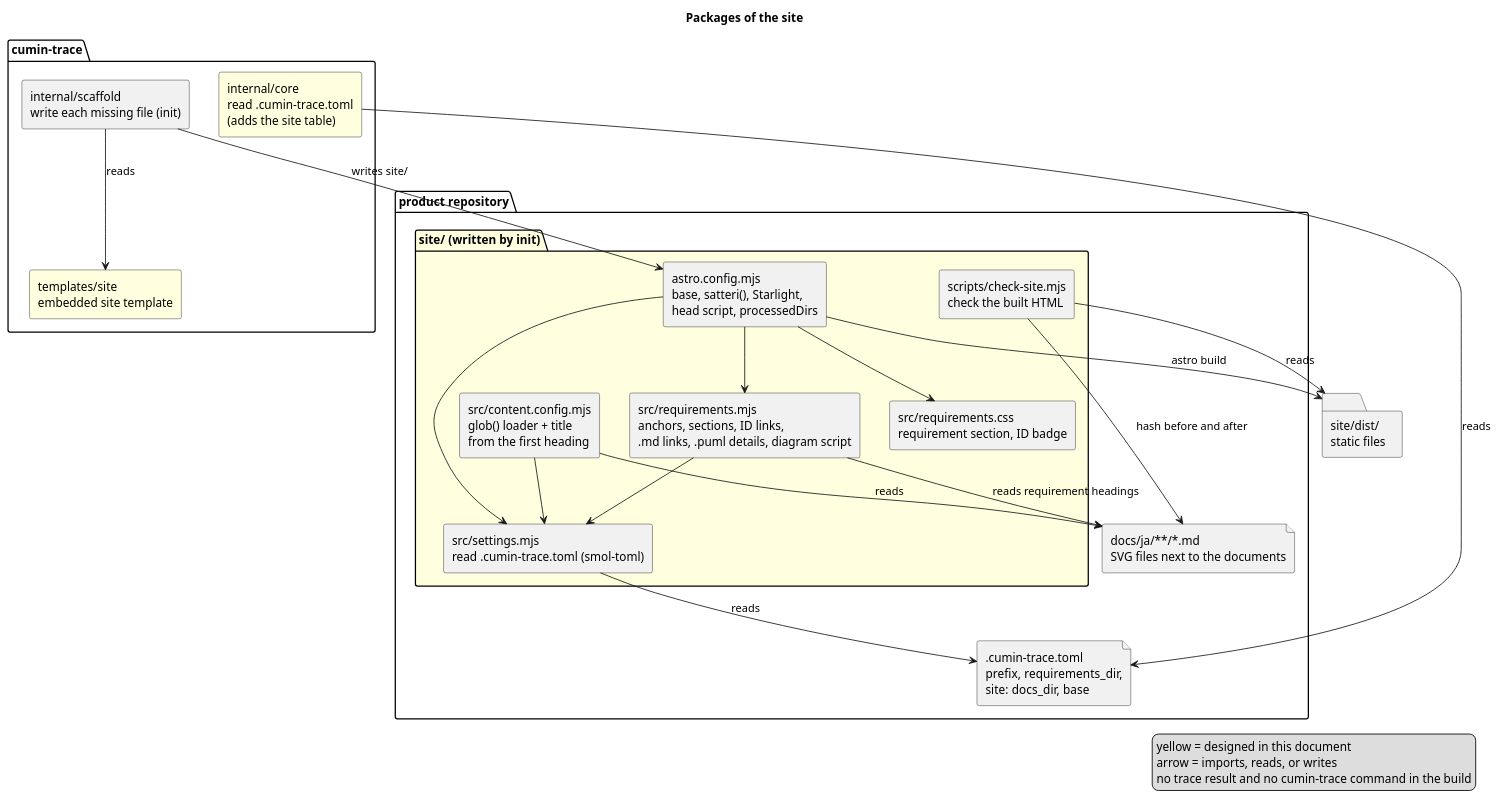
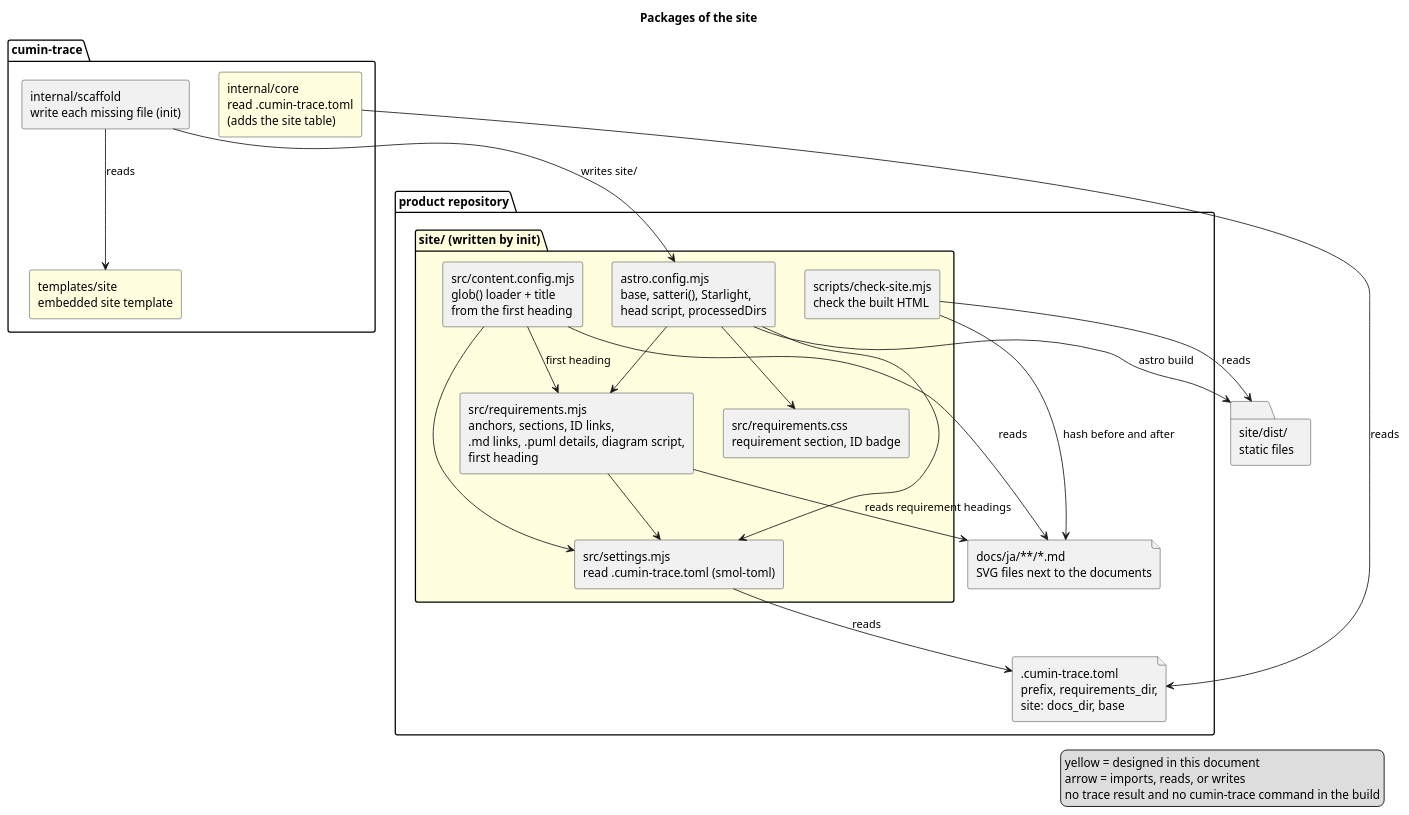
Before and after one commit to cloveclovedev/cumin-trace: the diagram in docs/ja/designs/site/site-packages.puml, drawn with PlantUML. The commit also changed 4 other files, not shown here.

```diff
--- a/docs/ja/designs/site/site-packages.puml
+++ b/docs/ja/designs/site/site-packages.puml
@@ -1,47 +1,48 @@
 @startuml site-packages
 title Packages of the site
 skinparam shadowing false
 skinparam componentStyle rectangle
 
 package "cumin-trace" {
   [internal/scaffold\nwrite each missing file (init)] as scaffold
   [internal/core\nread .cumin-trace.toml\n(adds the site table)] as core #LightYellow
   [templates/site\nembedded site template] as tsite #LightYellow
 }
 
 package "product repository" {
   file ".cumin-trace.toml\nprefix, requirements_dir,\nsite: docs_dir, base" as toml
   file "docs/ja/**/*.md\nSVG files next to the documents" as docs
   package "site/ (written by init)" #LightYellow {
     [astro.config.mjs\nbase, satteri(), Starlight,\nhead script, processedDirs] as config
     [src/settings.mjs\nread .cumin-trace.toml (smol-toml)] as settings
     [src/content.config.mjs\nglob() loader + title\nfrom the first heading] as loader
-    [src/requirements.mjs\nanchors, sections, ID links,\n.md links, .puml details, diagram script] as remark
+    [src/requirements.mjs\nanchors, sections, ID links,\n.md links, .puml details, diagram script,\nfirst heading] as remark
     [src/requirements.css\nrequirement section, ID badge] as css
     [scripts/check-site.mjs\ncheck the built HTML] as check
   }
 }
 
 folder "site/dist/\nstatic files" as dist
 
 scaffold --> tsite : reads
 scaffold --> config : writes site/
 core --> toml : reads
 config --> settings
 config --> remark
 config --> css
 loader --> settings
+loader --> remark : first heading
 remark --> settings
 settings --> toml : reads
 loader --> docs : reads
 remark --> docs : reads requirement headings
 config --> dist : astro build
 check --> dist : reads
 check --> docs : hash before and after
 
 legend right
   yellow = designed in this document
   arrow = imports, reads, or writes
   no trace result and no cumin-trace command in the build
 endlegend
 @enduml
```
